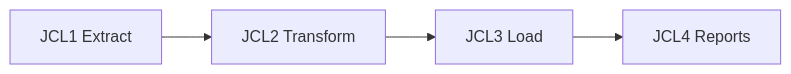
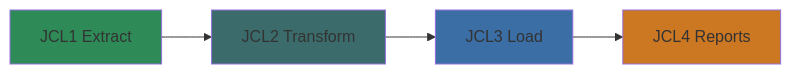
Before and after one commit to asynkron/CobolDemo-GITST: the fifth of 5 diagrams in docs/docs-create.md, drawn with Mermaid. The commit also changed other lines of this file and 7 other files, not shown here.

Commit message:
Add accent fills to documentation mermaid diagrams

````diff
--- a/docs/docs-create.md
+++ b/docs/docs-create.md
@@ -110,6 +129,11 @@
 ```mermaid
 flowchart LR
   JCL1["JCL1 Extract"] --> JCL2["JCL2 Transform"]
   JCL2 --> JCL3["JCL3 Load"]
   JCL3 --> JCL4["JCL4 Reports"]
+  %% Convey the progressive pipeline stages with coordinated fills.
+  style JCL1 fill:#2E8B57
+  style JCL2 fill:#3B6B6B
+  style JCL3 fill:#3A6EA5
+  style JCL4 fill:#CC7722
 ```
````
